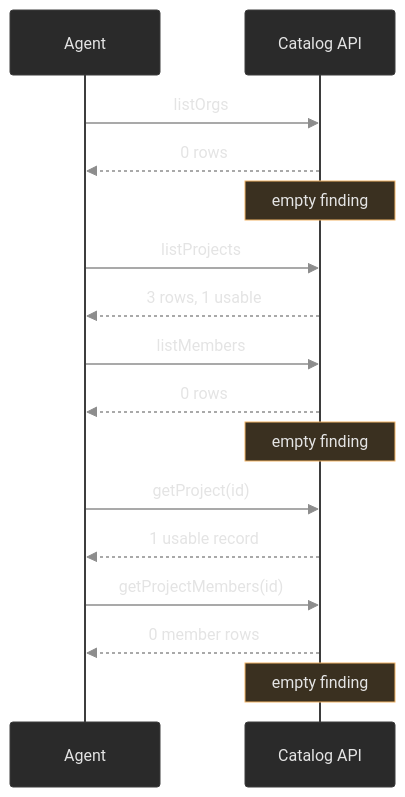
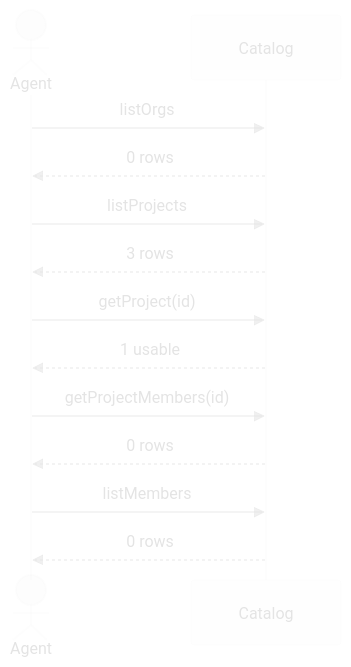
The sixth of 10 diagrams in skills/create-mermaid/README.md (mrzmyr/agent-plugin), drawn with Mermaid before and after one commit. The commit also changed other lines of this file, not shown here.

First line of the commit message:
Show without-skill and with-skill mermaid pairs in the README.

````diff
--- a/skills/create-mermaid/README.md
+++ b/skills/create-mermaid/README.md
@@ -66,19 +127,16 @@
 ```mermaid
-%%{init: {'theme': 'base', 'themeVariables': {'primaryColor': '#181818', 'primaryTextColor': '#E4E4E4', 'primaryBorderColor': '#E4E4E433', 'lineColor': '#E4E4E48D', 'secondaryColor': '#141414', 'tertiaryColor': '#E4E4E411', 'actorBkg': '#2a2a2a', 'actorBorder': '#3d3d3d', 'actorTextColor': '#E4E4E4', 'signalColor': '#8d8d8d', 'noteBkgColor': '#3a3020', 'noteBorderColor': '#F1B467', 'noteTextColor': '#E4E4E4'}}}%%
+%%{init: {'theme': 'base', 'themeVariables': {'primaryColor': '#181818', 'primaryTextColor': '#E4E4E4', 'primaryBorderColor': '#E4E4E433', 'lineColor': '#E4E4E48D', 'secondaryColor': '#141414', 'tertiaryColor': '#E4E4E411', 'actorBkg': '#E4E4E411', 'actorBorder': '#E4E4E414', 'actorTextColor': '#E4E4E4', 'signalColor': '#E4E4E48D', 'signalTextColor': '#E4E4E4'}}}%%
 sequenceDiagram
-  participant Agent
-  participant Catalog as Catalog API
+  actor Agent
+  participant Catalog
   Agent->>Catalog: listOrgs
   Catalog-->>Agent: 0 rows
-  Note over Catalog: empty finding
   Agent->>Catalog: listProjects
-  Catalog-->>Agent: 3 rows, 1 usable
+  Catalog-->>Agent: 3 rows
+  Agent->>Catalog: getProject(id)
+  Catalog-->>Agent: 1 usable
+  Agent->>Catalog: getProjectMembers(id)
+  Catalog-->>Agent: 0 rows
   Agent->>Catalog: listMembers
   Catalog-->>Agent: 0 rows
-  Note over Catalog: empty finding
-  Agent->>Catalog: getProject(id)
-  Catalog-->>Agent: 1 usable record
-  Agent->>Catalog: getProjectMembers(id)
-  Catalog-->>Agent: 0 member rows
-  Note over Catalog: empty finding
 ```
````
